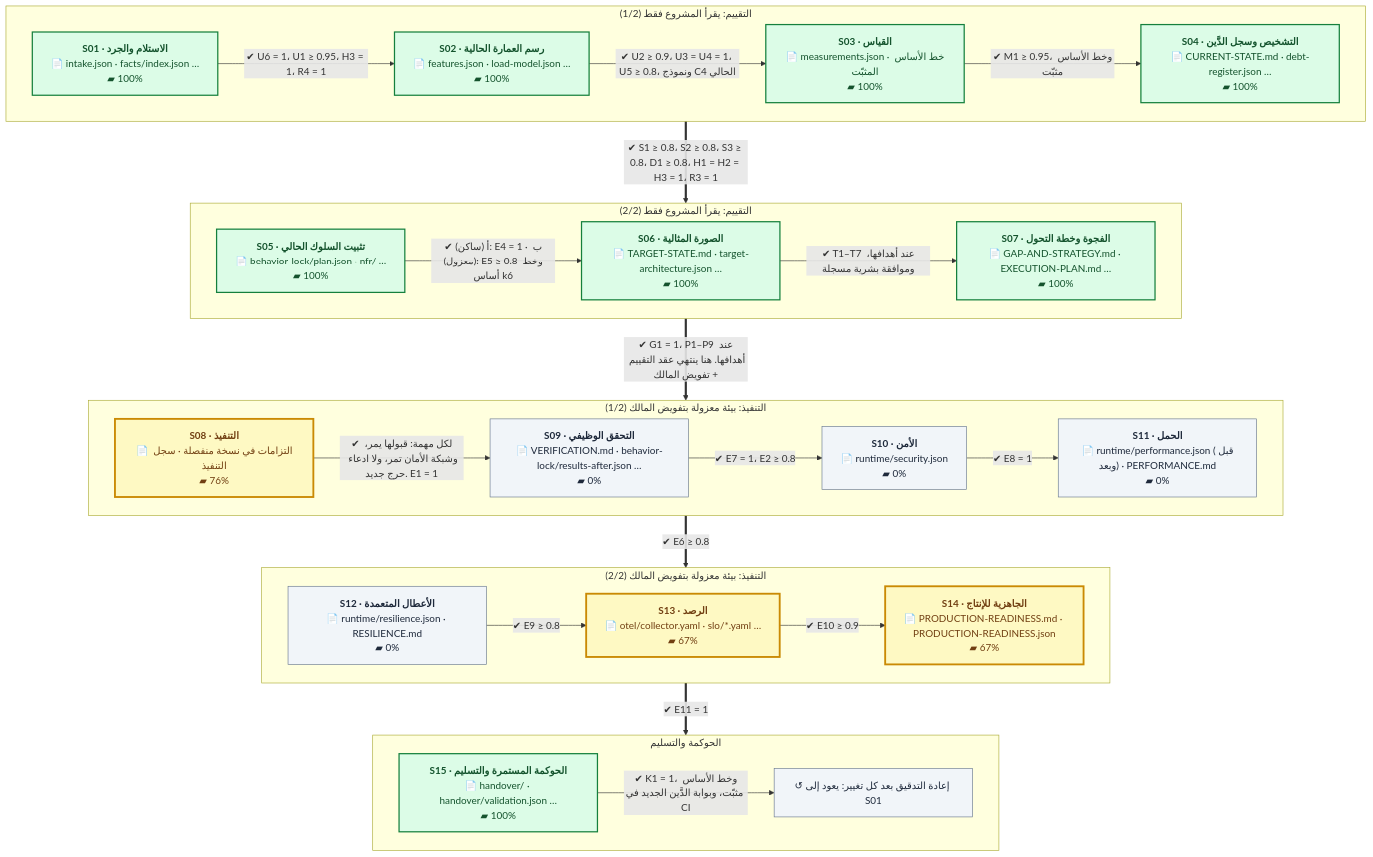
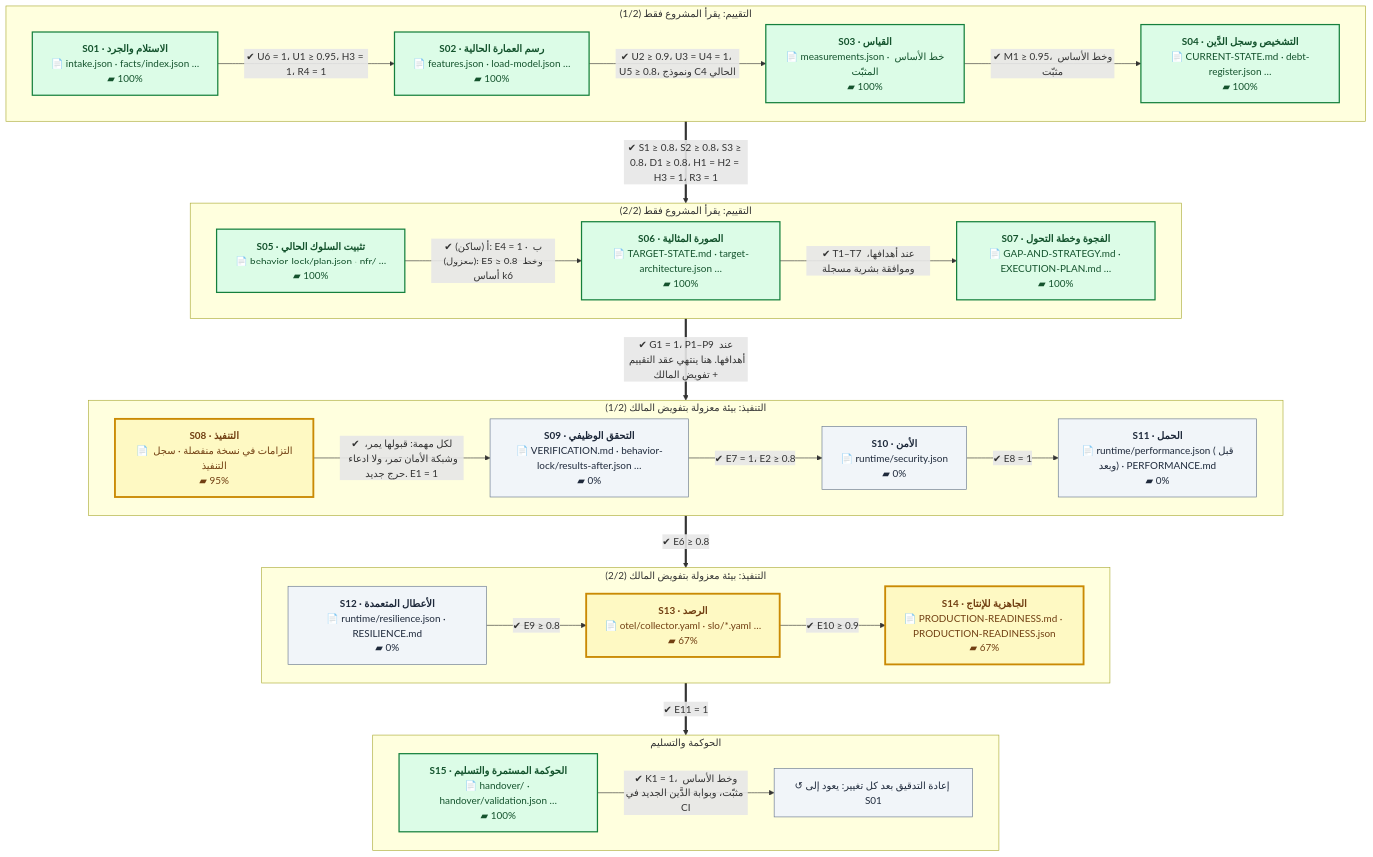
The first of 2 diagrams in README.md (eom1417/engineering-audit-os), drawn with Mermaid before and after one commit. The commit also changed other lines of this file and 9 other files, not shown here.

````diff
--- a/README.md
+++ b/README.md
@@ -52,54 +52,54 @@
 ```mermaid
 %%{init: {'flowchart': {'wrappingWidth': 260, 'nodeSpacing': 40, 'rankSpacing': 60}}}%%
 flowchart TB
     subgraph P1["التقييم: يقرأ المشروع فقط (1/2)"]
         direction LR
         S01["<b>S01 · الاستلام والجرد</b><br/>📄 intake.json · facts/index.json …<br/>▰ 100%"]:::done
         S02["<b>S02 · رسم العمارة الحالية</b><br/>📄 features.json · load-model.json …<br/>▰ 100%"]:::done
         S03["<b>S03 · القياس</b><br/>📄 measurements.json · خط الأساس المثبّت<br/>▰ 100%"]:::done
         S04["<b>S04 · التشخيص وسجل الدَّين</b><br/>📄 CURRENT-STATE.md · debt-register.json …<br/>▰ 100%"]:::done
         S01 -->|"✔ U6 = 1، U1 ≥ 0.95، H3 = 1، R4 = 1"| S02
         S02 -->|"✔ U2 ≥ 0.9، U3 = U4 = 1، U5 ≥ 0.8، ونموذج C4 الحالي"| S03
         S03 -->|"✔ M1 ≥ 0.95، وخط الأساس مثبّت"| S04
     end
     subgraph P2["التقييم: يقرأ المشروع فقط (2/2)"]
         direction LR
         S05["<b>S05 · تثبيت السلوك الحالي</b><br/>📄 behavior-lock/plan.json · nfr/ …<br/>▰ 100%"]:::done
         S06["<b>S06 · الصورة المثالية</b><br/>📄 TARGET-STATE.md · target-architecture.json …<br/>▰ 100%"]:::done
         S07["<b>S07 · الفجوة وخطة التحول</b><br/>📄 GAP-AND-STRATEGY.md · EXECUTION-PLAN.md …<br/>▰ 100%"]:::done
         S05 -->|"✔ أ (ساكن): E4 = 1 · ب (معزول): E5 ≥ 0.8 وخط أساس k6"| S06
         S06 -->|"✔ T1–T7 عند أهدافها، وموافقة بشرية مسجلة"| S07
     end
     subgraph P3["التنفيذ: بيئة معزولة بتفويض المالك (1/2)"]
         direction LR
-        S08["<b>S08 · التنفيذ</b><br/>📄 التزامات في نسخة منفصلة · سجل التنفيذ<br/>▰ 76%"]:::current
+        S08["<b>S08 · التنفيذ</b><br/>📄 التزامات في نسخة منفصلة · سجل التنفيذ<br/>▰ 95%"]:::current
         S09["<b>S09 · التحقق الوظيفي</b><br/>📄 VERIFICATION.md · behavior-lock/results-after.json …<br/>▰ 0%"]:::next
         S10["<b>S10 · الأمن</b><br/>📄 runtime/security.json<br/>▰ 0%"]:::next
         S11["<b>S11 · الحمل</b><br/>📄 runtime/performance.json (قبل وبعد) · PERFORMANCE.md<br/>▰ 0%"]:::next
         S08 -->|"✔ لكل مهمة: قبولها يمر، وشبكة الأمان تمر، ولا ادعاء حرج جديد. E1 = 1"| S09
         S09 -->|"✔ E7 = 1، E2 ≥ 0.8"| S10
         S10 -->|"✔ E8 = 1"| S11
     end
     subgraph P4["التنفيذ: بيئة معزولة بتفويض المالك (2/2)"]
         direction LR
         S12["<b>S12 · الأعطال المتعمدة</b><br/>📄 runtime/resilience.json · RESILIENCE.md<br/>▰ 0%"]:::next
         S13["<b>S13 · الرصد</b><br/>📄 otel/collector.yaml · slo/*.yaml …<br/>▰ 67%"]:::current
         S14["<b>S14 · الجاهزية للإنتاج</b><br/>📄 PRODUCTION-READINESS.md · PRODUCTION-READINESS.json<br/>▰ 67%"]:::current
         S12 -->|"✔ E9 ≥ 0.8"| S13
         S13 -->|"✔ E10 ≥ 0.9"| S14
     end
     subgraph P5["الحوكمة والتسليم"]
         direction LR
         S15["<b>S15 · الحوكمة المستمرة والتسليم</b><br/>📄 handover/ · handover/validation.json …<br/>▰ 100%"]:::done
         LOOP["↺ إعادة التدقيق بعد كل تغيير: يعود إلى S01"]:::next
         S15 -->|"✔ K1 = 1، وخط الأساس مثبّت، وبوابة الدَّين الجديد في CI"| LOOP
     end
     P1 ==>|"✔ S1 ≥ 0.8، S2 ≥ 0.8، S3 ≥ 0.8، D1 ≥ 0.8، H1 = H2 = H3 = 1، R3 = 1"| P2
     P2 ==>|"✔ G1 = 1، P1–P9 عند أهدافها. هنا ينتهي عقد التقييم + تفويض المالك"| P3
     P3 ==>|"✔ E6 ≥ 0.8"| P4
     P4 ==>|"✔ E11 = 1"| P5
     classDef done fill:#dcfce7,stroke:#15803d,color:#14532d,stroke-width:2px
     classDef current fill:#fef9c3,stroke:#ca8a04,color:#713f12,stroke-width:3px
     classDef next fill:#f1f5f9,stroke:#64748b,color:#1e293b
     classDef owner fill:#fee2e2,stroke:#b91c1c,color:#7f1d1d,stroke-dasharray:5 3
 ```
````
